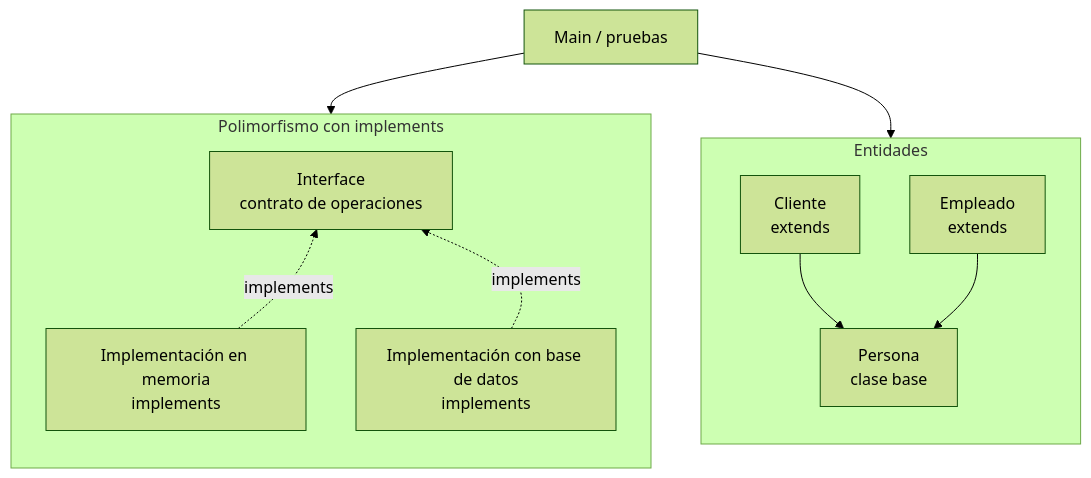
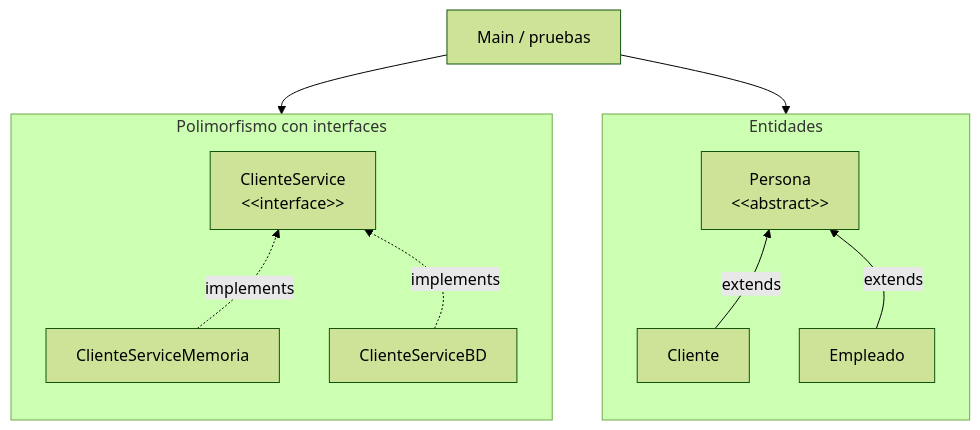
The diagram in docs/S04_Herencia_Polimorfismo.md (262poo/comarket), drawn with Mermaid (forest theme) before and after one commit. The commit also changed other lines of this file and 9 other files, not shown here.

````diff
--- a/docs/S04_Herencia_Polimorfismo.md
+++ b/docs/S04_Herencia_Polimorfismo.md
@@ -61,27 +63,29 @@
 ```mermaid
 flowchart TB
     subgraph Entidades["Entidades"]
         direction TB
-        Base["Persona<br/>clase base"]
-        SubA["Cliente<br/>extends"]
-        SubB["Empleado<br/>extends"]
+        Base["Persona<br/>&lt;&lt;abstract&gt;&gt;"]
+        SubA["Cliente"]
+        SubB["Empleado"]
     end
 
-    subgraph Polimorfismo["Polimorfismo con implements"]
+    subgraph Polimorfismo["Polimorfismo con interfaces"]
         direction TB
-        Contrato["Interface<br/>contrato de operaciones"]
-        ImplementacionMemoria["Implementación en memoria<br/>implements"]
-        ImplementacionBD["Implementación con base de datos<br/>implements"]
+        Contrato["ClienteService<br/>&lt;&lt;interface&gt;&gt;"]
+        ImplementacionMemoria["ClienteServiceMemoria"]
+        ImplementacionBD["ClienteServiceBD"]
     end
 
     Main["Main / pruebas"]
 
-    SubA --> Base
-    SubB --> Base
+    Base ~~~ SubA
+    Base ~~~ SubB
+    SubA -- extends --> Base
+    SubB -- extends --> Base
     Contrato ~~~ ImplementacionMemoria
     Contrato ~~~ ImplementacionBD
     ImplementacionMemoria -. implements .-> Contrato
     ImplementacionBD -. implements .-> Contrato
     Main --> Base
     Main --> Contrato
 ```
````
